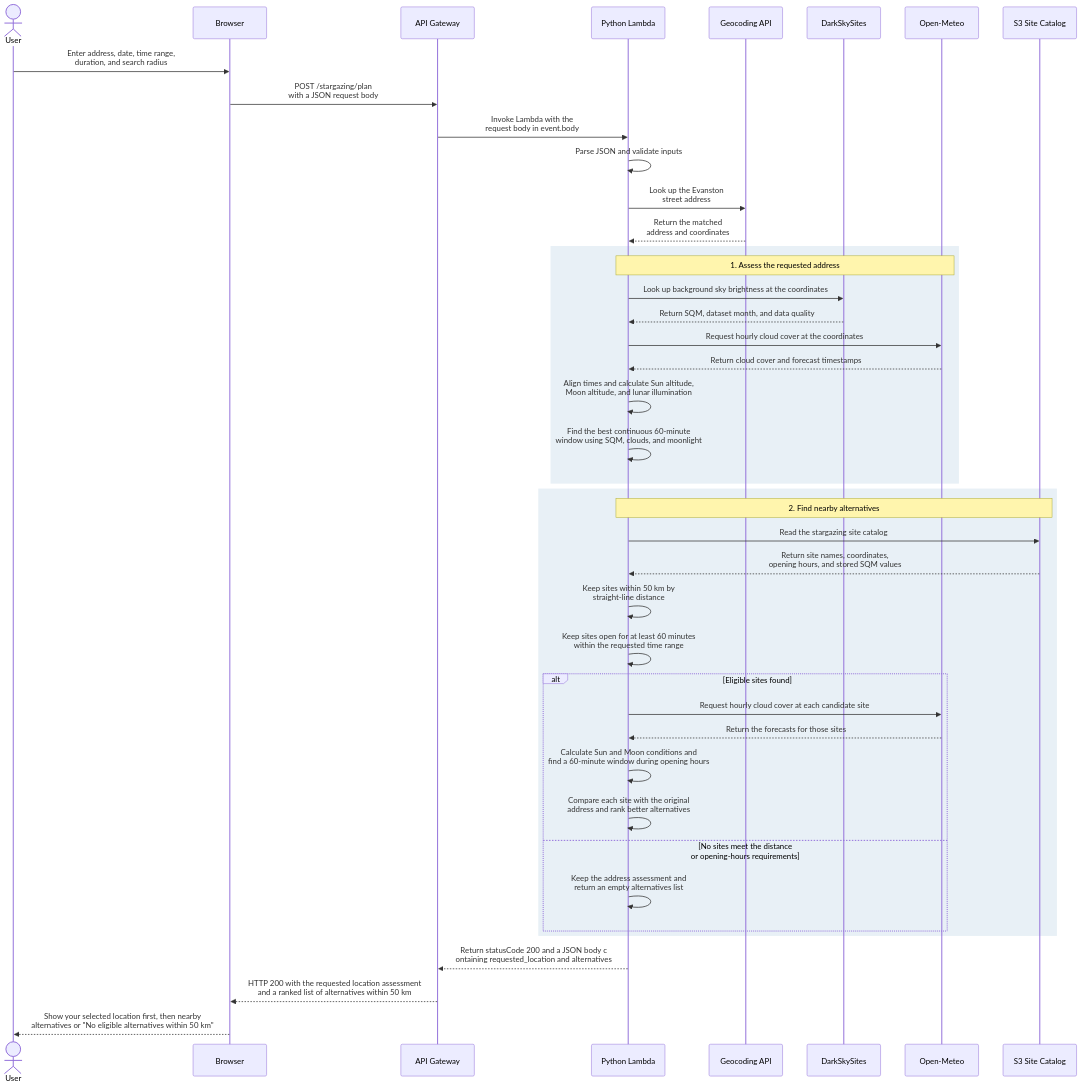
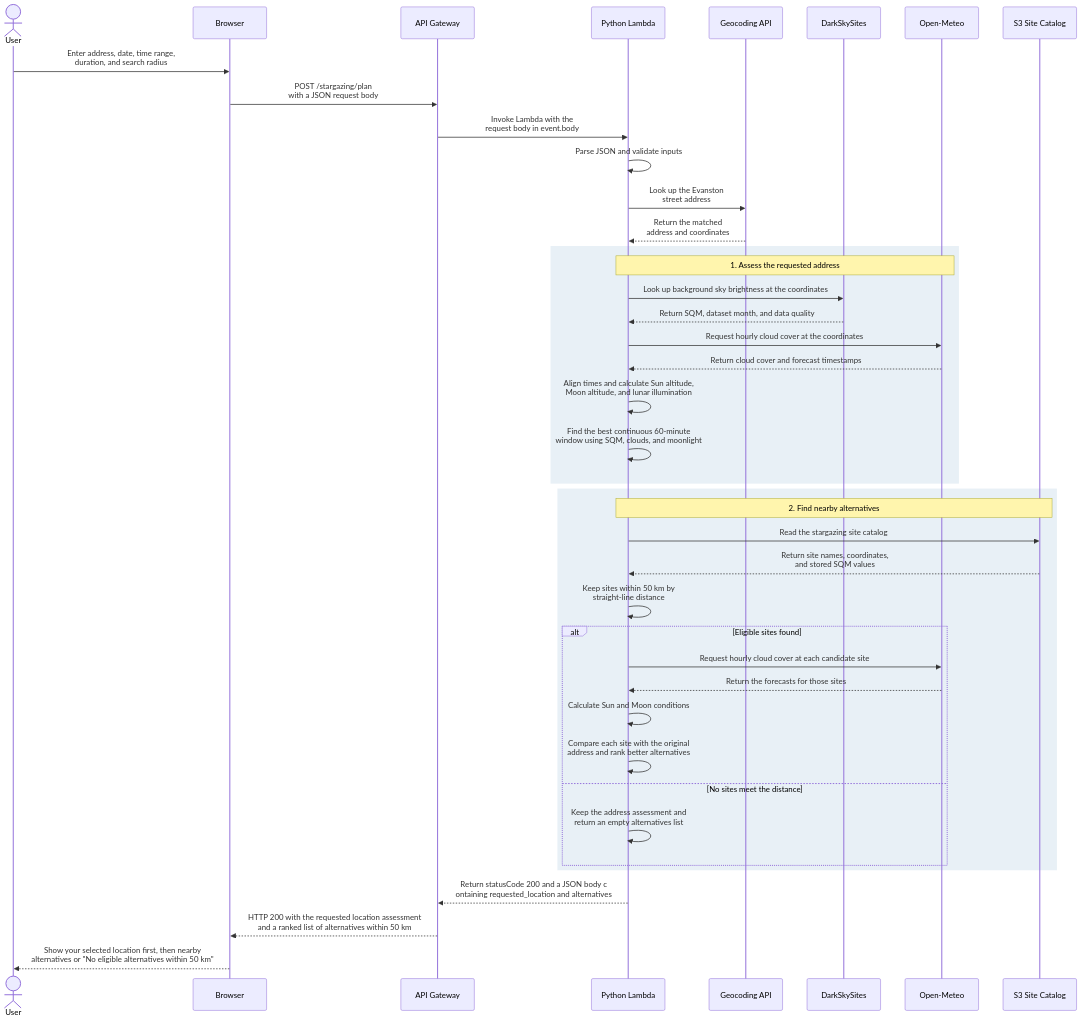
The diagram in Final Project Proposal.md (YurouQuan/Stargazing), drawn with Mermaid before and after one commit. The commit also changed other lines of this file, not shown here.

Commit message:
Update Final Project Proposal.md

````diff
--- a/Final Project Proposal.md
+++ b/Final Project Proposal.md
@@ -14,52 +14,51 @@
 ```mermaid
 ---
 config:
  useMaxWidth: true
 ---
 sequenceDiagram
     actor U as User
     participant B as Browser
     participant G as API Gateway
     participant L as Python Lambda
     participant A as Geocoding API
     participant D as DarkSkySites
     participant W as Open-Meteo
     participant S as S3 Site Catalog
 
     U->>B: Enter address, date, time range, <br> duration, and search radius
     B->>G: POST /stargazing/plan <br>with a JSON request body
     G->>L: Invoke Lambda with the <br>request body in event.body
     L->>L: Parse JSON and validate inputs
     L->>A: Look up the Evanston <br>street address
     A-->>L: Return the matched <br>address and coordinates
 
     rect rgba(70, 130, 180, 0.12)
         Note over L,W: 1. Assess the requested address
         L->>D: Look up background sky brightness at the coordinates
         D-->>L: Return SQM, dataset month, and data quality
         L->>W: Request hourly cloud cover at the coordinates
         W-->>L: Return cloud cover and forecast timestamps
         L->>L: Align times and calculate Sun altitude, <br>Moon altitude, and lunar illumination
         L->>L: Find the best continuous 60-minute <br>window using SQM, clouds, and moonlight
     end
 
     rect rgba(70, 130, 180, 0.12)
         Note over L,S: 2. Find nearby alternatives
         L->>S: Read the stargazing site catalog
-        S-->>L: Return site names, coordinates, <br>opening hours, and stored SQM values
+        S-->>L: Return site names, coordinates, <br> and stored SQM values
         L->>L: Keep sites within 50 km by <br>straight-line distance
-        L->>L: Keep sites open for at least 60 minutes <br>within the requested time range
         alt Eligible sites found
             L->>W: Request hourly cloud cover at each candidate site
             W-->>L: Return the forecasts for those sites
-            L->>L: Calculate Sun and Moon conditions and <br>find a 60-minute window during opening hours
+            L->>L: Calculate Sun and Moon conditions
             L->>L: Compare each site with the original <br>address and rank better alternatives
-        else No sites meet the distance <br>or opening-hours requirements
+        else No sites meet the distance
             L->>L: Keep the address assessment and <br>return an empty alternatives list
         end
     end
 
     L-->>G: Return statusCode 200 and a JSON body c<br>ontaining requested_location and alternatives
     G-->>B: HTTP 200 with the requested location assessment <br> and a ranked list of alternatives within 50 km
     B-->>U: Show your selected location first, then nearby <br> alternatives or "No eligible alternatives within 50 km"
 ```
````
